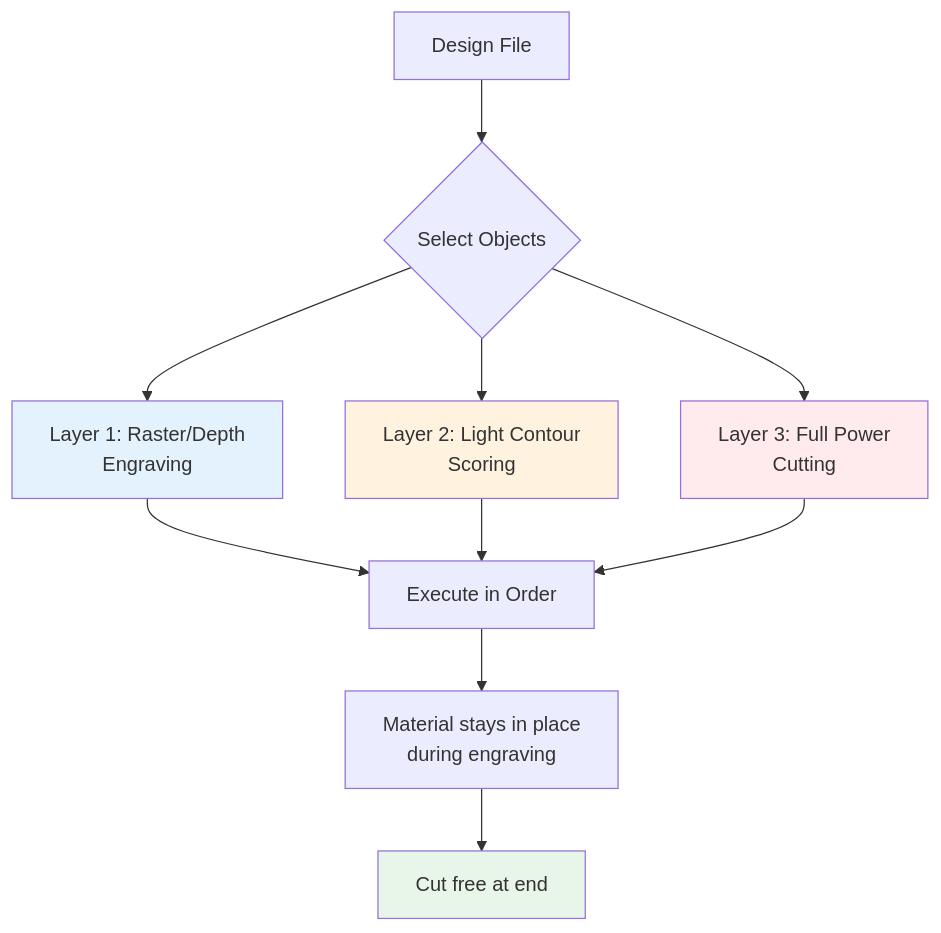
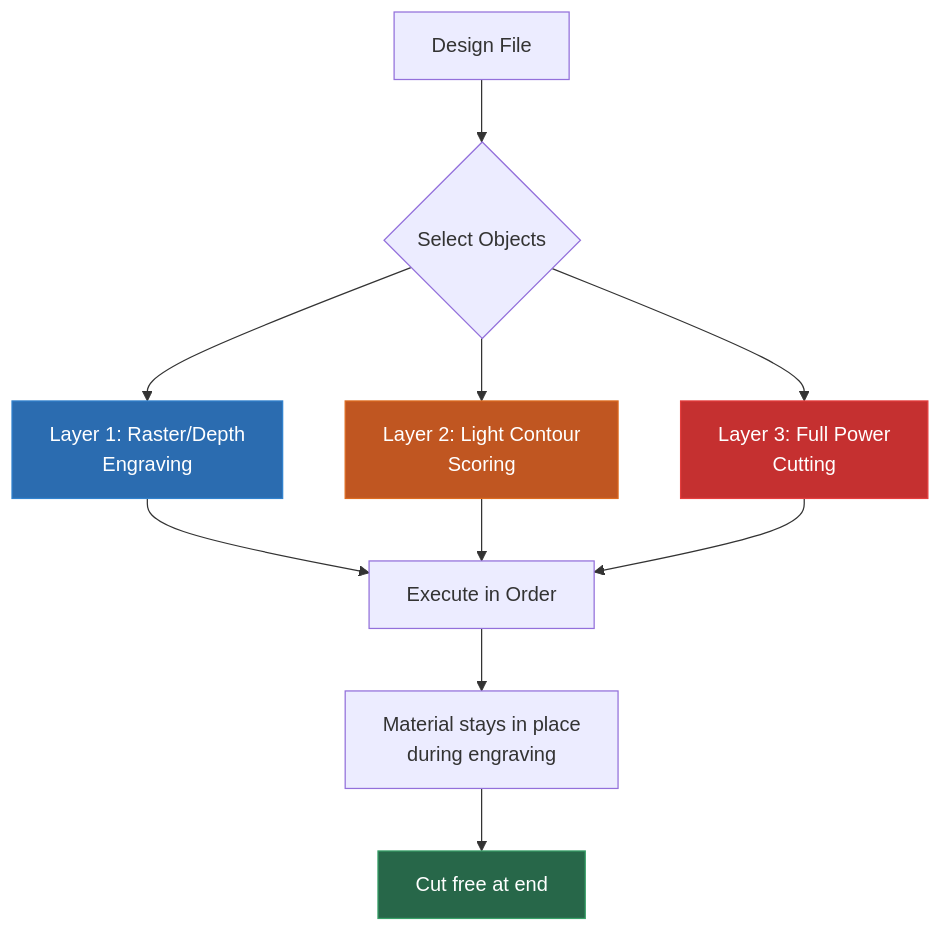
One commit to yuri-schmaltz/my-rayforge changed the diagram in website/content/docs/features/index.md. Above: the diagram before and after it, drawn with Mermaid. The commit also changed 5 other files, not shown here.

Commit message:
update some diagram colors on website for readability

````diff
--- a/website/content/docs/features/index.md
+++ b/website/content/docs/features/index.md
@@ -60,19 +60,19 @@
 ```mermaid
 flowchart TD
     A[Design File] --> B{Select Objects}
     B --> C[Layer 1: Raster/Depth<br/>Engraving]
     B --> D[Layer 2: Light Contour<br/>Scoring]
     B --> E[Layer 3: Full Power<br/>Cutting]
 
     C --> F[Execute in Order]
     D --> F
     E --> F
 
     F --> G[Material stays in place<br/>during engraving]
     G --> H[Cut free at end]
 
-    style C fill:#e3f2fd
-    style D fill:#fff3e0
-    style E fill:#ffebee
-    style H fill:#e8f5e9
+    style C fill:#2b6cb0,stroke:#3182ce,color:#fff
+    style D fill:#c05621,stroke:#dd6b20,color:#fff
+    style E fill:#c53030,stroke:#e53e3e,color:#fff
+    style H fill:#276749,stroke:#38a169,color:#fff
 ```
````
